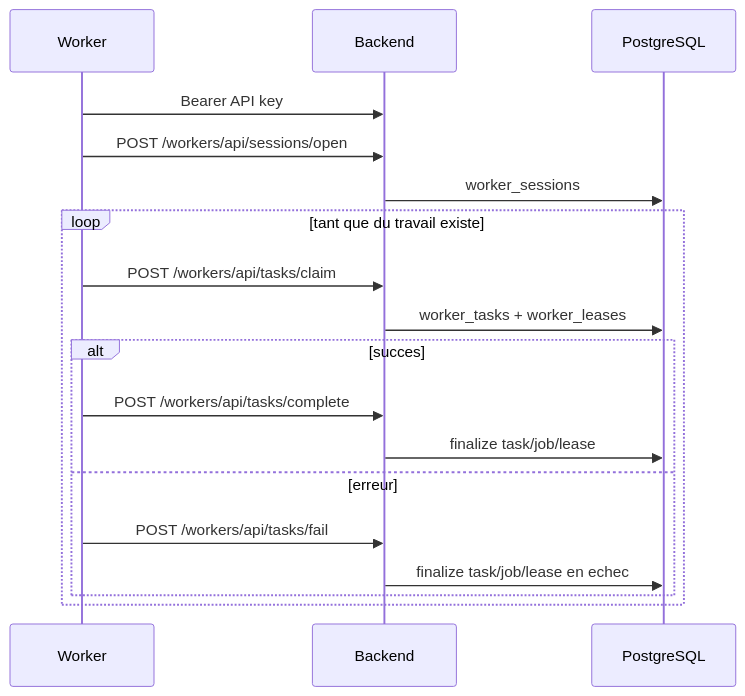
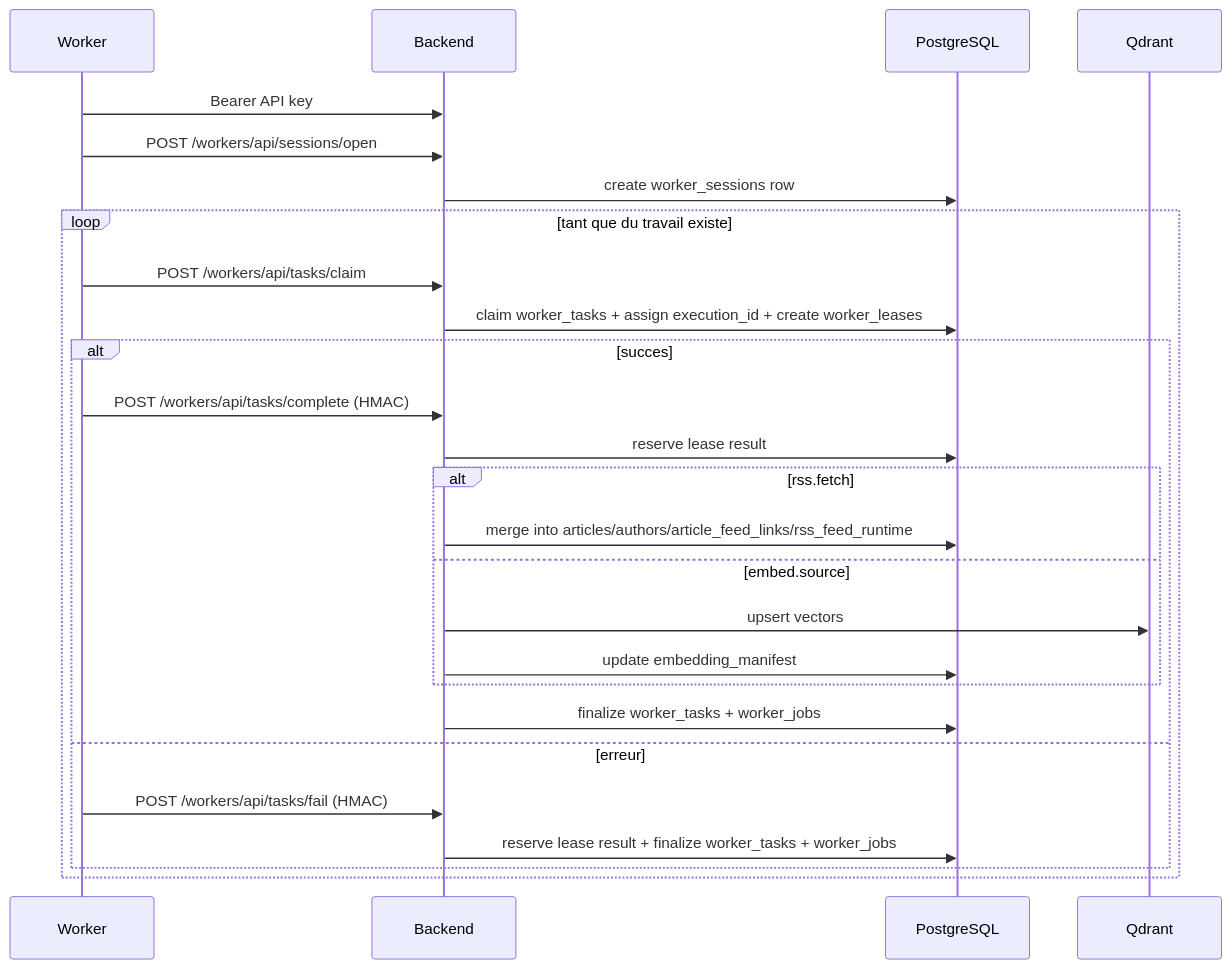
The diagram in backend/workers_rust.md (Manifeed/docs), drawn with Mermaid before and after one commit. The commit also changed other lines of this file and 4 other files, not shown here.

````diff
--- a/backend/workers_rust.md
+++ b/backend/workers_rust.md
@@ -30,21 +33,29 @@
 ```mermaid
 sequenceDiagram
     participant Worker
     participant API as Backend
     participant DB as PostgreSQL
+    participant IDX as Qdrant
 
     Worker->>API: Bearer API key
     Worker->>API: POST /workers/api/sessions/open
-    API->>DB: worker_sessions
+    API->>DB: create worker_sessions row
     loop tant que du travail existe
         Worker->>API: POST /workers/api/tasks/claim
-        API->>DB: worker_tasks + worker_leases
+        API->>DB: claim worker_tasks + assign execution_id + create worker_leases
         alt succes
-            Worker->>API: POST /workers/api/tasks/complete
-            API->>DB: finalize task/job/lease
+            Worker->>API: POST /workers/api/tasks/complete (HMAC)
+            API->>DB: reserve lease result
+            alt rss.fetch
+                API->>DB: merge into articles/authors/article_feed_links/rss_feed_runtime
+            else embed.source
+                API->>IDX: upsert vectors
+                API->>DB: update embedding_manifest
+            end
+            API->>DB: finalize worker_tasks + worker_jobs
         else erreur
-            Worker->>API: POST /workers/api/tasks/fail
-            API->>DB: finalize task/job/lease en echec
+            Worker->>API: POST /workers/api/tasks/fail (HMAC)
+            API->>DB: reserve lease result + finalize worker_tasks + worker_jobs
         end
     end
 ```
````
